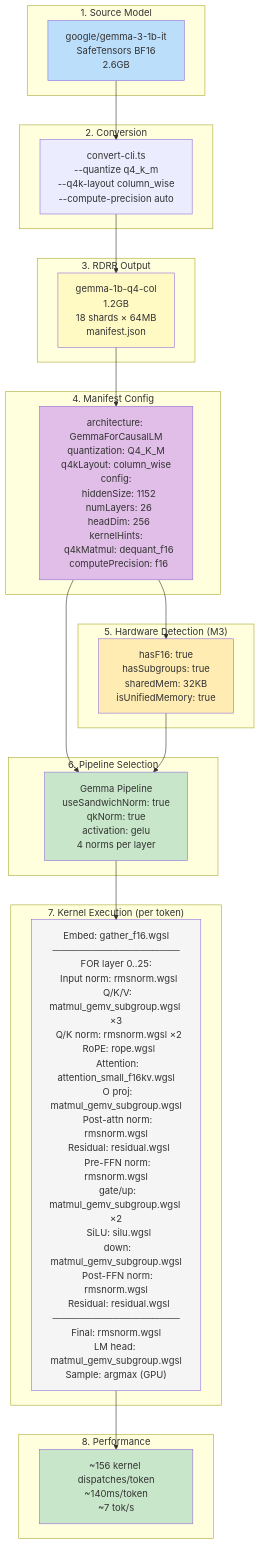
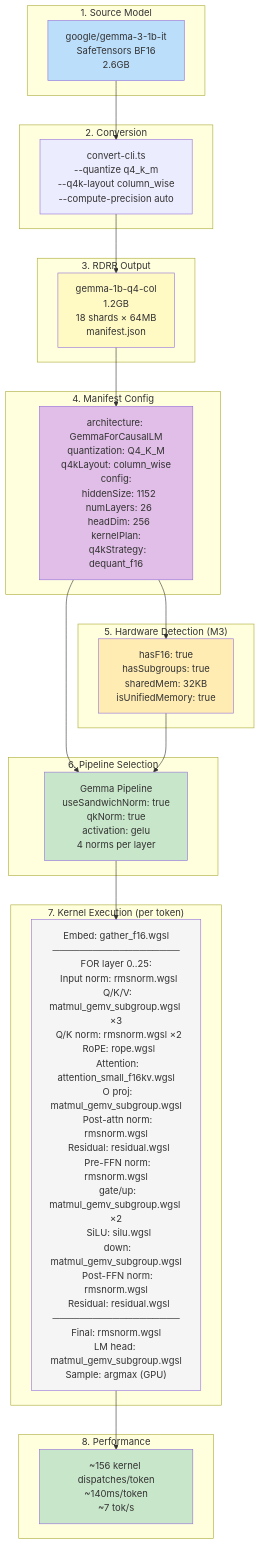
The ninth of 11 diagrams in docs/SYSTEM_FLOW.md (clocksmith/doppler), drawn with Mermaid before and after one commit. The commit also changed other lines of this file and 98 other files, not shown here.

````diff
--- a/docs/SYSTEM_FLOW.md
+++ b/docs/SYSTEM_FLOW.md
@@ -354,48 +354,48 @@
 ```mermaid
 graph TD
     subgraph Stage1["1. Source Model"]
         Source["google/gemma-3-1b-it<br/>SafeTensors BF16<br/>2.6GB"]
     end
 
     subgraph Stage2["2. Conversion"]
         Conv["convert-cli.ts<br/>--quantize q4_k_m<br/>--q4k-layout column_wise<br/>--compute-precision auto"]
     end
 
     subgraph Stage3["3. RDRR Output"]
         RDRR["gemma-1b-q4-col<br/>1.2GB<br/>18 shards × 64MB<br/>manifest.json"]
     end
 
     subgraph Stage4["4. Manifest Config"]
-        Manifest["architecture: GemmaForCausalLM<br/>quantization: Q4_K_M<br/>q4kLayout: column_wise<br/>config:<br/>&nbsp;&nbsp;hiddenSize: 1152<br/>&nbsp;&nbsp;numLayers: 26<br/>&nbsp;&nbsp;headDim: 256<br/>kernelHints:<br/>&nbsp;&nbsp;q4kMatmul: dequant_f16<br/>&nbsp;&nbsp;computePrecision: f16"]
+        Manifest["architecture: GemmaForCausalLM<br/>quantization: Q4_K_M<br/>q4kLayout: column_wise<br/>config:<br/>&nbsp;&nbsp;hiddenSize: 1152<br/>&nbsp;&nbsp;numLayers: 26<br/>&nbsp;&nbsp;headDim: 256<br/>kernelPlan:<br/>&nbsp;&nbsp;q4kStrategy: dequant_f16"]
     end
 
     subgraph Stage5["5. Hardware Detection (M3)"]
         HW["hasF16: true<br/>hasSubgroups: true<br/>sharedMem: 32KB<br/>isUnifiedMemory: true"]
     end
 
     subgraph Stage6["6. Pipeline Selection"]
         Pipeline["Gemma Pipeline<br/>useSandwichNorm: true<br/>qkNorm: true<br/>activation: gelu<br/>4 norms per layer"]
     end
 
     subgraph Stage7["7. Kernel Execution (per token)"]
         Kernels["Embed: gather_f16.wgsl<br/>───────────────────<br/>FOR layer 0..25:<br/>&nbsp;&nbsp;Input norm: rmsnorm.wgsl<br/>&nbsp;&nbsp;Q/K/V: matmul_gemv_subgroup.wgsl ×3<br/>&nbsp;&nbsp;Q/K norm: rmsnorm.wgsl ×2<br/>&nbsp;&nbsp;RoPE: rope.wgsl<br/>&nbsp;&nbsp;Attention: attention_small_f16kv.wgsl<br/>&nbsp;&nbsp;O proj: matmul_gemv_subgroup.wgsl<br/>&nbsp;&nbsp;Post-attn norm: rmsnorm.wgsl<br/>&nbsp;&nbsp;Residual: residual.wgsl<br/>&nbsp;&nbsp;Pre-FFN norm: rmsnorm.wgsl<br/>&nbsp;&nbsp;gate/up: matmul_gemv_subgroup.wgsl ×2<br/>&nbsp;&nbsp;SiLU: silu.wgsl<br/>&nbsp;&nbsp;down: matmul_gemv_subgroup.wgsl<br/>&nbsp;&nbsp;Post-FFN norm: rmsnorm.wgsl<br/>&nbsp;&nbsp;Residual: residual.wgsl<br/>───────────────────<br/>Final: rmsnorm.wgsl<br/>LM head: matmul_gemv_subgroup.wgsl<br/>Sample: argmax (GPU)"]
     end
 
     subgraph Stage8["8. Performance"]
         Perf["~156 kernel dispatches/token<br/>~140ms/token<br/>~7 tok/s"]
     end
 
     Source --> Conv --> RDRR --> Manifest
     Manifest --> HW
     Manifest --> Pipeline
     HW --> Pipeline
     Pipeline --> Kernels --> Perf
 
     style Source fill:#bbdefb
     style RDRR fill:#fff9c4
     style Manifest fill:#e1bee7
     style HW fill:#ffecb3
     style Pipeline fill:#c8e6c9
     style Kernels fill:#f5f5f5
     style Perf fill:#c8e6c9
 ```
````
